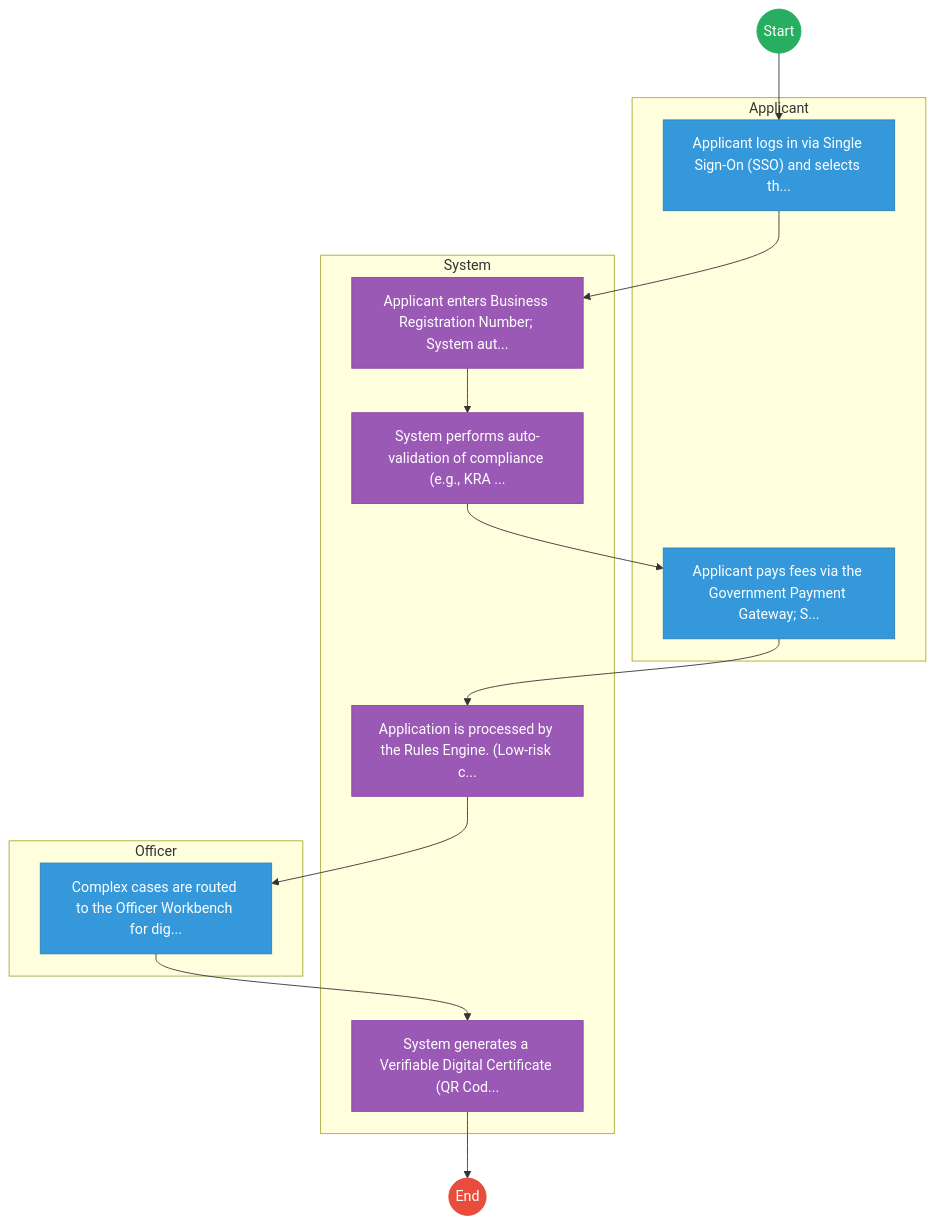
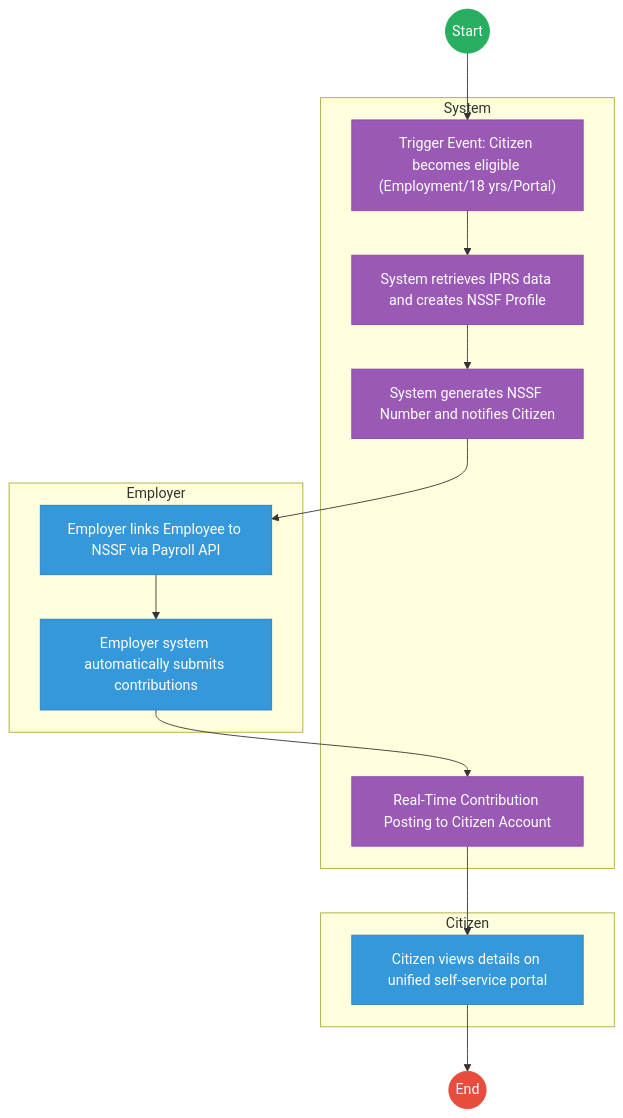
One commit to BITZ-IT-Consulting-LTD/ictapoc changed the second of 2 diagrams in mdas/docs_final/National_Social_Security_Fund___Service_Delivery.md. Above: the diagram before and after it, drawn with Mermaid. The commit also changed other lines of this file, not shown here.

````diff
--- a/mdas/docs_final/National_Social_Security_Fund___Service_Delivery.md
+++ b/mdas/docs_final/National_Social_Security_Fund___Service_Delivery.md
@@ -111,37 +111,38 @@
 ```mermaid
 graph TD
     Start((Start)) --> S1
 
-    subgraph Applicant [Applicant]
-        S1["Applicant logs in via Single Sign-On (SSO) and selects th..."]
-        S4["Applicant pays fees via the Government Payment Gateway; S..."]
+    subgraph System [System]
+        S1["Trigger Event: Citizen becomes eligible (Employment/18 yrs/Portal)"]
+        S2["System retrieves IPRS data and creates NSSF Profile"]
+        S3["System generates NSSF Number and notifies Citizen"]
+        S6["Real-Time Contribution Posting to Citizen Account"]
     end
 
-    subgraph System [System]
-        S2["Applicant enters Business Registration Number; System aut..."]
-        S3["System performs auto-validation of compliance (e.g., KRA ..."]
-        S5["Application is processed by the Rules Engine. (Low-risk c..."]
-        S7["System generates a Verifiable Digital Certificate (QR Cod..."]
+    subgraph Employer [Employer]
+        S4["Employer links Employee to NSSF via Payroll API"]
+        S5["Employer system automatically submits contributions"]
     end
 
-    subgraph Officer [Officer]
-        S6["Complex cases are routed to the Officer Workbench for dig..."]
+    subgraph Citizen [Citizen]
+        S7["Citizen views details on unified self-service portal"]
     end
+
     S1 --> S2
     S2 --> S3
     S3 --> S4
     S4 --> S5
     S5 --> S6
     S6 --> S7
     S7 --> End((End))
 
     classDef start fill:#27ae60,stroke:#27ae60,color:#fff;
     classDef endNode fill:#e74c3c,stroke:#e74c3c,color:#fff;
     classDef userTask fill:#3498db,stroke:#2980b9,color:#fff;
     classDef serviceTask fill:#9b59b6,stroke:#8e44ad,color:#fff;
 
     class Start start;
     class End endNode;
-    class S1,S4,S6 userTask;
-    class S2,S3,S5,S7 serviceTask;
+    class S1,S2,S3,S6 serviceTask;
+    class S4,S5,S7 userTask;
 ```
````
